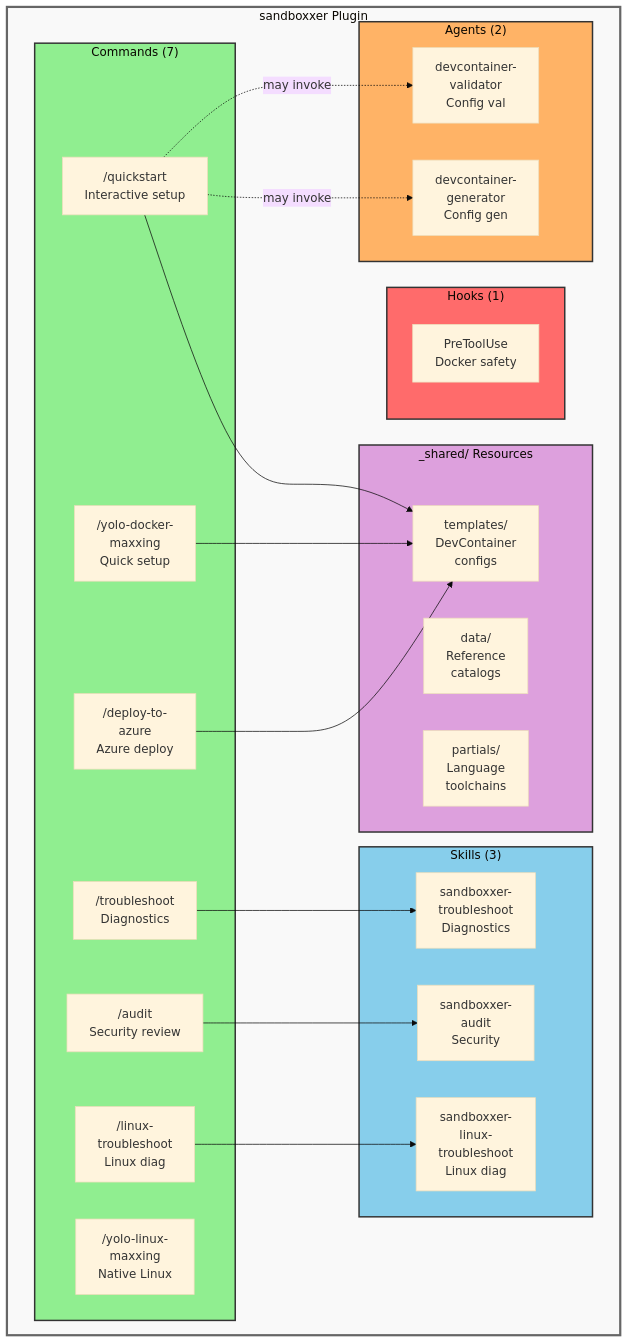
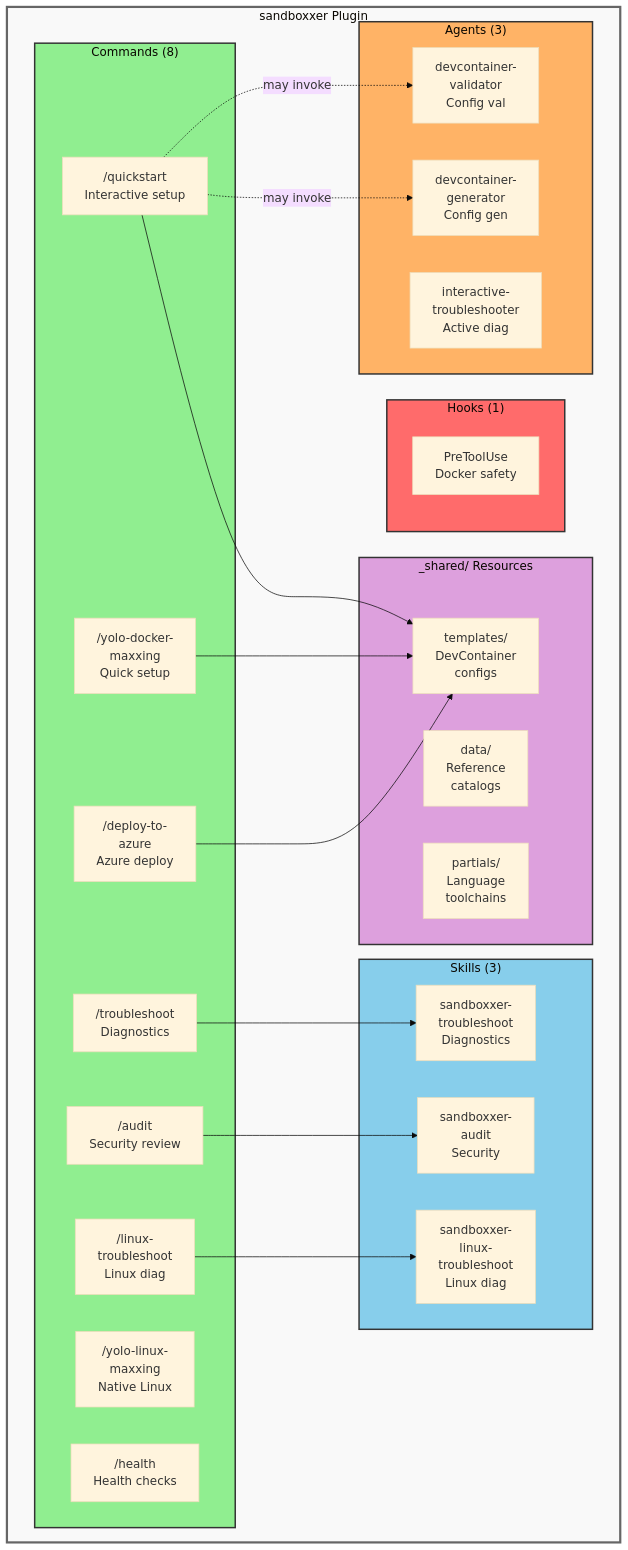
One commit to andrewcchoi/sandbox-maxxing changed the diagram in docs/diagrams/plugin-architecture.mmd. Above: the diagram before and after it, drawn with Mermaid (base theme). The commit also changed 8 other files, not shown here.

```diff
--- a/docs/diagrams/plugin-architecture.mmd
+++ b/docs/diagrams/plugin-architecture.mmd
@@ -1,50 +1,52 @@
 graph TB
     subgraph Plugin["sandboxxer Plugin"]
-        subgraph Commands["Commands (7)"]
+        subgraph Commands["Commands (8)"]
             C1["/quickstart<br/>Interactive setup"]
             C2["/yolo-docker-<br/>maxxing<br/>Quick setup"]
             C3["/troubleshoot<br/>Diagnostics"]
             C4["/audit<br/>Security review"]
             C5["/deploy-to-<br/>azure<br/>Azure deploy"]
             C6["/yolo-linux-<br/>maxxing<br/>Native Linux"]
             C7["/linux-<br/>troubleshoot<br/>Linux diag"]
+            C8["/health<br/>Health checks"]
         end
 
         subgraph Skills["Skills (3)"]
             S1["sandboxxer-<br/>troubleshoot<br/>Diagnostics"]
             S2["sandboxxer-<br/>audit<br/>Security"]
             S3["sandboxxer-<br/>linux-<br/>troubleshoot<br/>Linux diag"]
         end
 
-        subgraph Agents["Agents (2)"]
+        subgraph Agents["Agents (3)"]
             A1["devcontainer-<br/>generator<br/>Config gen"]
             A2["devcontainer-<br/>validator<br/>Config val"]
+            A3["interactive-<br/>troubleshooter<br/>Active diag"]
         end
 
         subgraph Hooks["Hooks (1)"]
             H1["PreToolUse<br/>Docker safety"]
         end
 
         subgraph Shared["_shared/ Resources"]
             T["templates/<br/>DevContainer<br/>configs"]
             D["data/<br/>Reference<br/>catalogs"]
             P["partials/<br/>Language<br/>toolchains"]
         end
     end
 
     C1 --> T
     C2 --> T
     C5 --> T
     C3 --> S1
     C4 --> S2
     C7 --> S3
 
     C1 -.->|"may invoke"| A1
     C1 -.->|"may invoke"| A2
 
     style Commands fill:#90EE90,stroke:#333,stroke-width:2px
     style Skills fill:#87CEEB,stroke:#333,stroke-width:2px
     style Agents fill:#FFB366,stroke:#333,stroke-width:2px
     style Hooks fill:#FF6B6B,stroke:#333,stroke-width:2px
     style Shared fill:#DDA0DD,stroke:#333,stroke-width:2px
     style Plugin fill:#f9f9f9,stroke:#666,stroke-width:3px
```
